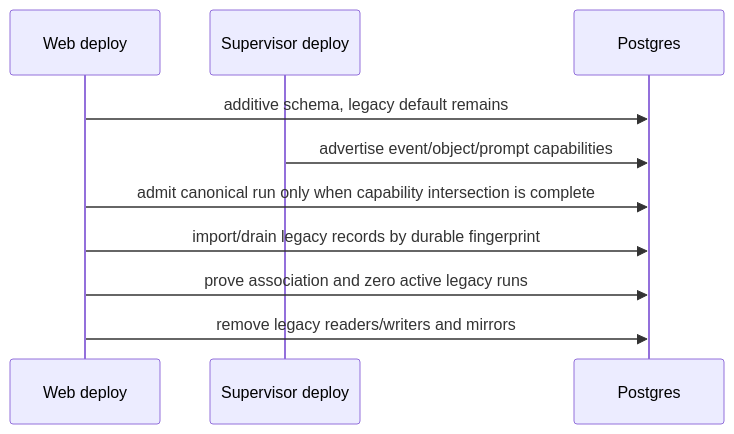
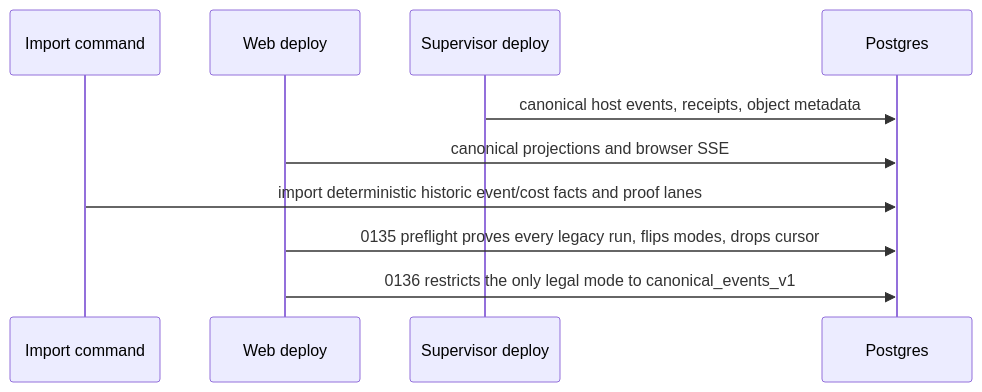
Before and after one commit to maister-dev/maister: the second of 2 diagrams in docs/system-analytics/execution-data-cutover.md, drawn with Mermaid. The commit also changed other lines of this file and 96 other files, not shown here.

Commit message:
feat(execution-host): complete canonical data-plane cutover

````diff
--- a/docs/system-analytics/execution-data-cutover.md
+++ b/docs/system-analytics/execution-data-cutover.md
@@ -42,12 +42,12 @@
 ```mermaid
 sequenceDiagram
+  participant I as Import command
   participant W as Web deploy
   participant H as Supervisor deploy
   participant D as Postgres
-  W->>D: additive schema, legacy default remains
-  H->>D: advertise event/object/prompt capabilities
-  W->>D: admit canonical run only when capability intersection is complete
-  W->>D: import/drain legacy records by durable fingerprint
-  W->>D: prove association and zero active legacy runs
-  W->>D: remove legacy readers/writers and mirrors
+  H->>D: canonical host events, receipts, object metadata
+  W->>D: canonical projections and browser SSE
+  I->>D: import deterministic historic event/cost facts and proof lanes
+  W->>D: 0135 preflight proves every legacy run, flips modes, drops cursor
+  W->>D: 0136 restricts the only legal mode to canonical_events_v1
 ```
````
